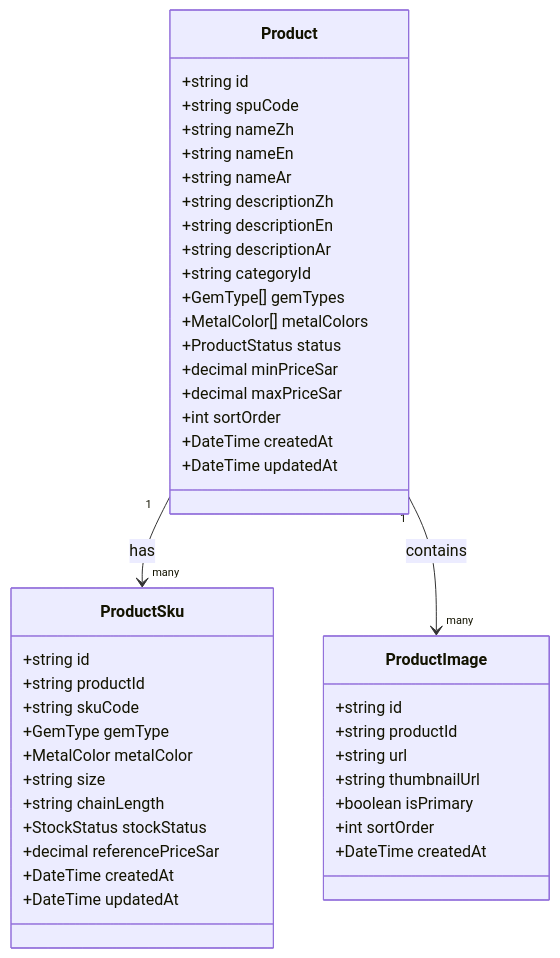
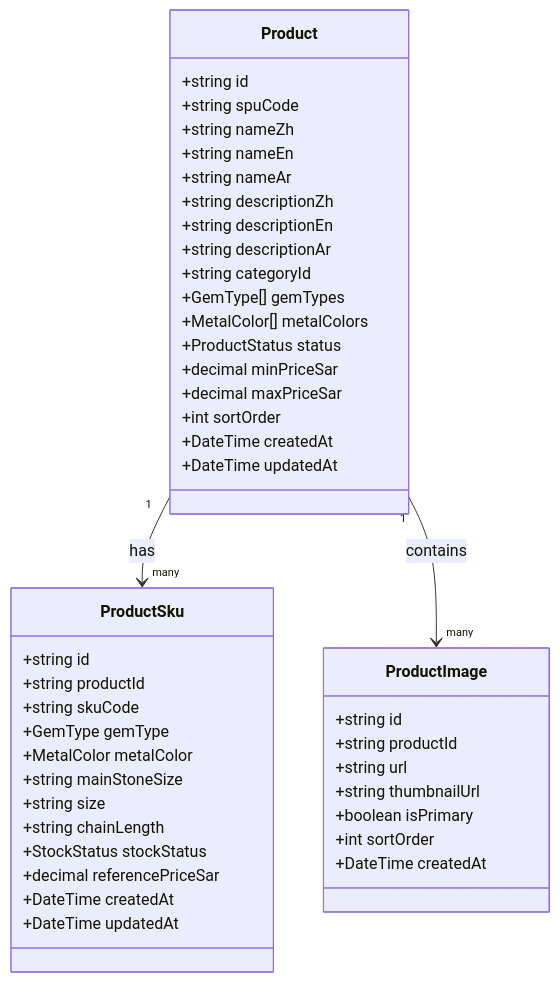
The fifth of 11 diagrams in .qoder/repowiki/zh/content/管理后台系统/管理后台系统.md (three3638-arch/celestia_2b), drawn with Mermaid before and after one commit. The commit also changed other lines of this file and 14 other files, not shown here.

````diff
--- a/.qoder/repowiki/zh/content/管理后台系统/管理后台系统.md
+++ b/.qoder/repowiki/zh/content/管理后台系统/管理后台系统.md
@@ -301,46 +311,47 @@
 ```mermaid
 classDiagram
 class Product {
 +string id
 +string spuCode
 +string nameZh
 +string nameEn
 +string nameAr
 +string descriptionZh
 +string descriptionEn
 +string descriptionAr
 +string categoryId
 +GemType[] gemTypes
 +MetalColor[] metalColors
 +ProductStatus status
 +decimal minPriceSar
 +decimal maxPriceSar
 +int sortOrder
 +DateTime createdAt
 +DateTime updatedAt
 }
 class ProductSku {
 +string id
 +string productId
 +string skuCode
 +GemType gemType
 +MetalColor metalColor
++string mainStoneSize
 +string size
 +string chainLength
 +StockStatus stockStatus
 +decimal referencePriceSar
 +DateTime createdAt
 +DateTime updatedAt
 }
 class ProductImage {
 +string id
 +string productId
 +string url
 +string thumbnailUrl
 +boolean isPrimary
 +int sortOrder
 +DateTime createdAt
 }
 Product "1" --> "many" ProductSku : has
 Product "1" --> "many" ProductImage : contains
 ```
````
